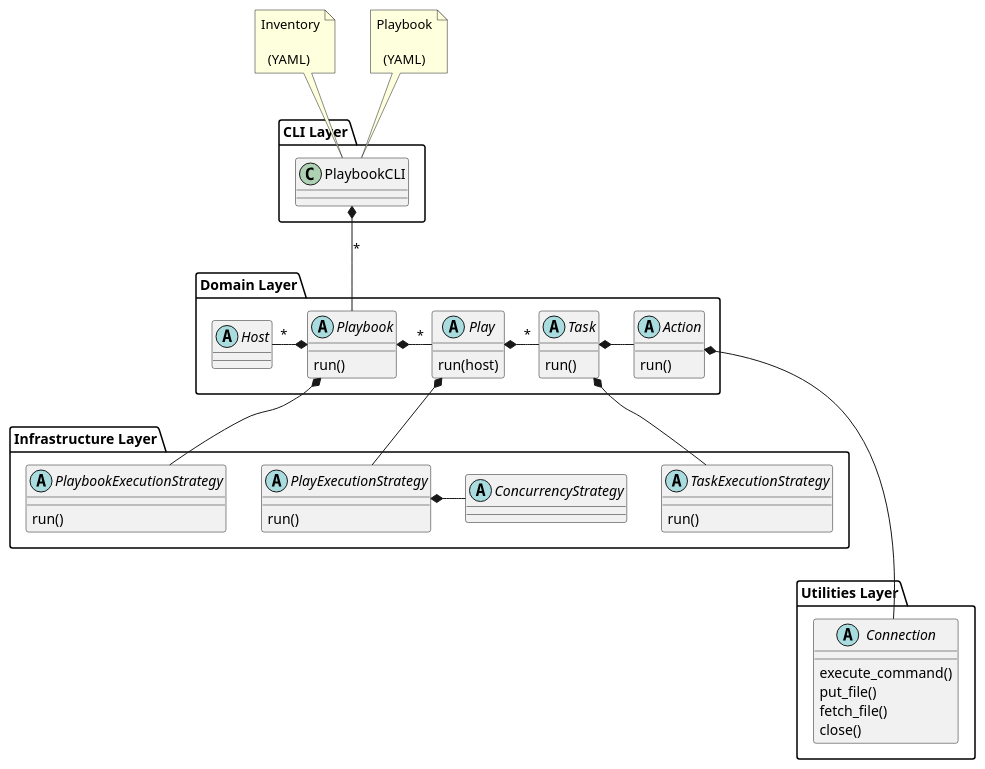
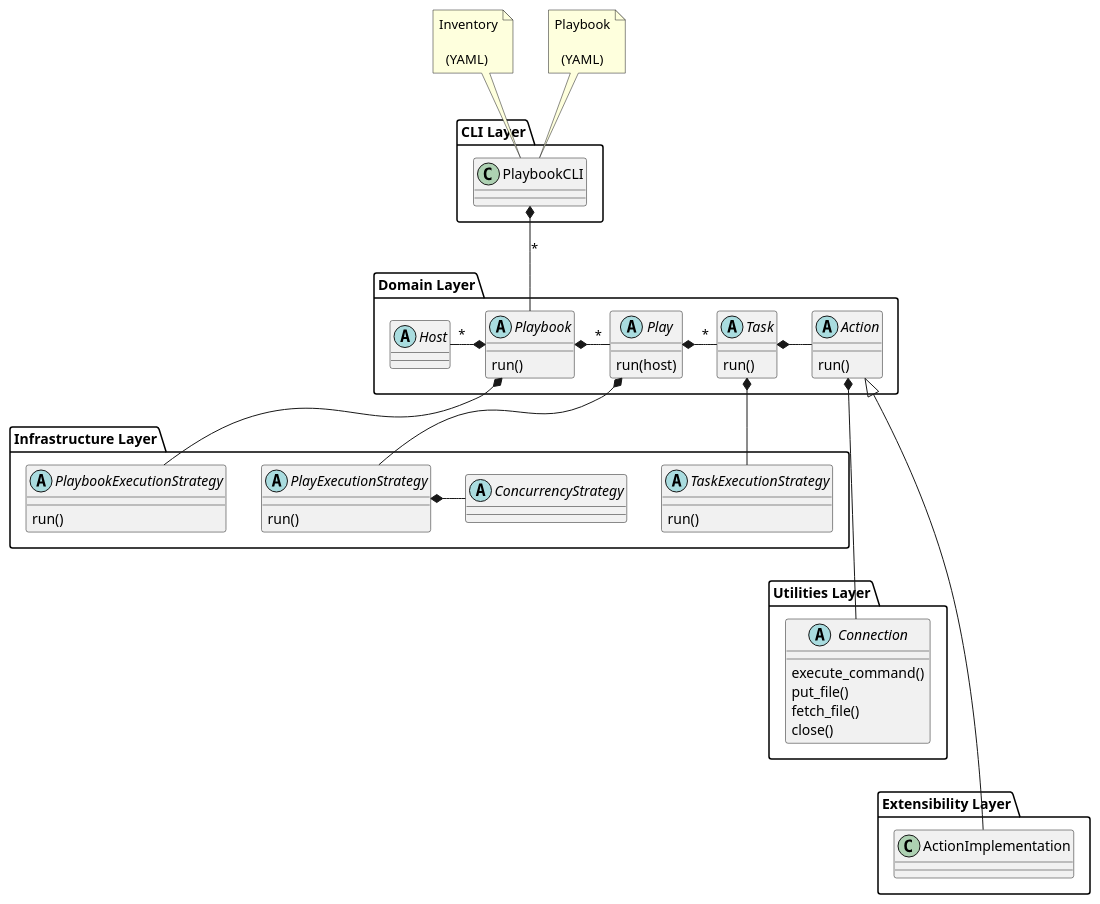
One commit to ezequiels/nazz changed the diagram in project/uml/engineClassRevisedSimple.puml. Above: the diagram before and after it, drawn with PlantUML.

Commit message:
Add actionImplementation to revised class diagram.

```diff
--- a/project/uml/engineClassRevisedSimple.puml
+++ b/project/uml/engineClassRevisedSimple.puml
@@ -1,76 +1,81 @@
 @startuml
 
 
 package "Utilities Layer" {
 
     abstract Connection
     Connection : execute_command()
     Connection : put_file()
     Connection : fetch_file()
     Connection : close()
 }
 
 Package "CLI Layer" {
     class PlaybookCLI
 }
 
 note as n1
 Inventory
 
   (YAML)
 end note
 
 n1..> PlaybookCLI
 
 note as n2
 Playbook
 
   (YAML)
 end note
 
 n2..> PlaybookCLI
 
 
 Package "Domain Layer"{
 
     abstract Playbook
     Playbook : run()
     Playbook *- "*" Play
     PlaybookCLI *-- Playbook : "*"
 
     abstract Play
     Play : run(host)
     Play *- "*" Task
 
     abstract Host
     Host "*" -* Playbook
 
     abstract Task
     Task : run()
     Task *- Action
 
     abstract Action
     Action : run()
     Action *--- Connection
 }
 
 Package "Infrastructure Layer" {
 
     abstract PlaybookExecutionStrategy
         PlaybookExecutionStrategy : run()
         Playbook *-- PlaybookExecutionStrategy
 
     abstract PlayExecutionStrategy
         PlayExecutionStrategy : run()
         Play *-- PlayExecutionStrategy
 
     abstract ConcurrencyStrategy
         PlayExecutionStrategy *- ConcurrencyStrategy
 
     abstract TaskExecutionStrategy
         TaskExecutionStrategy : run()
         Task *-- TaskExecutionStrategy
 
 }
 
+Package "Extensibility Layer" {
+    class ActionImplementation
+    Action <|---- ActionImplementation
+}
+
 @enduml
```
